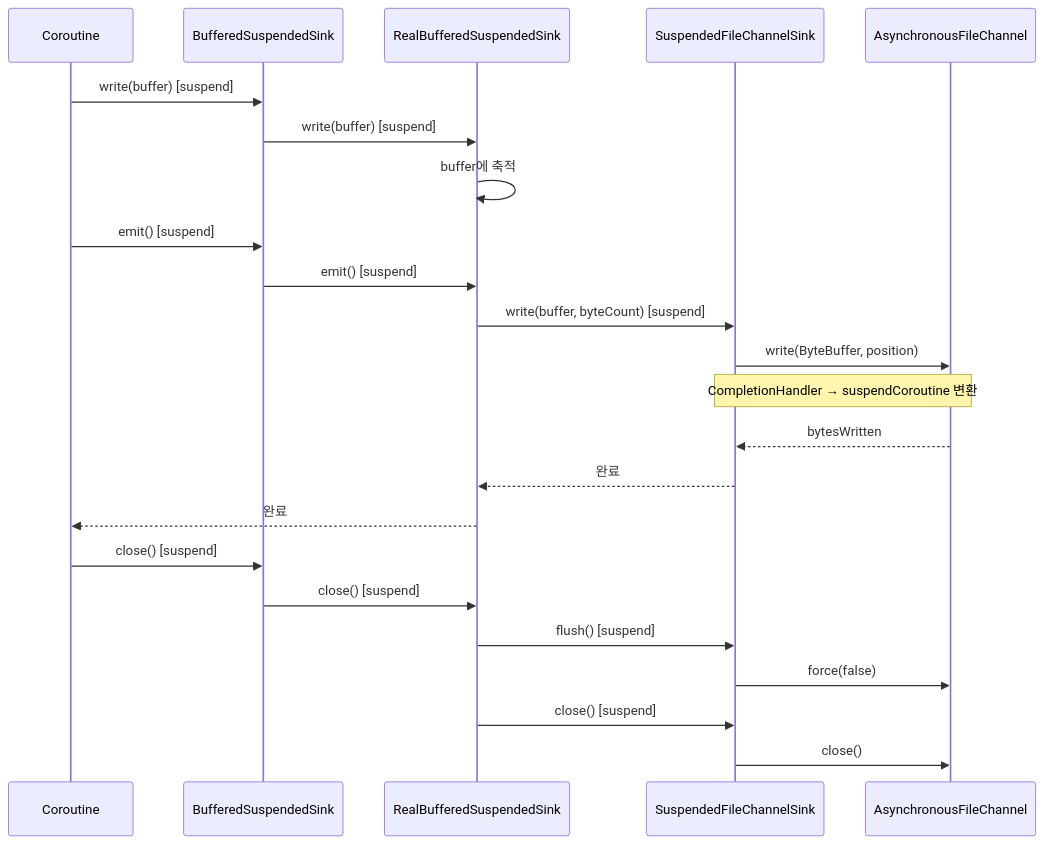
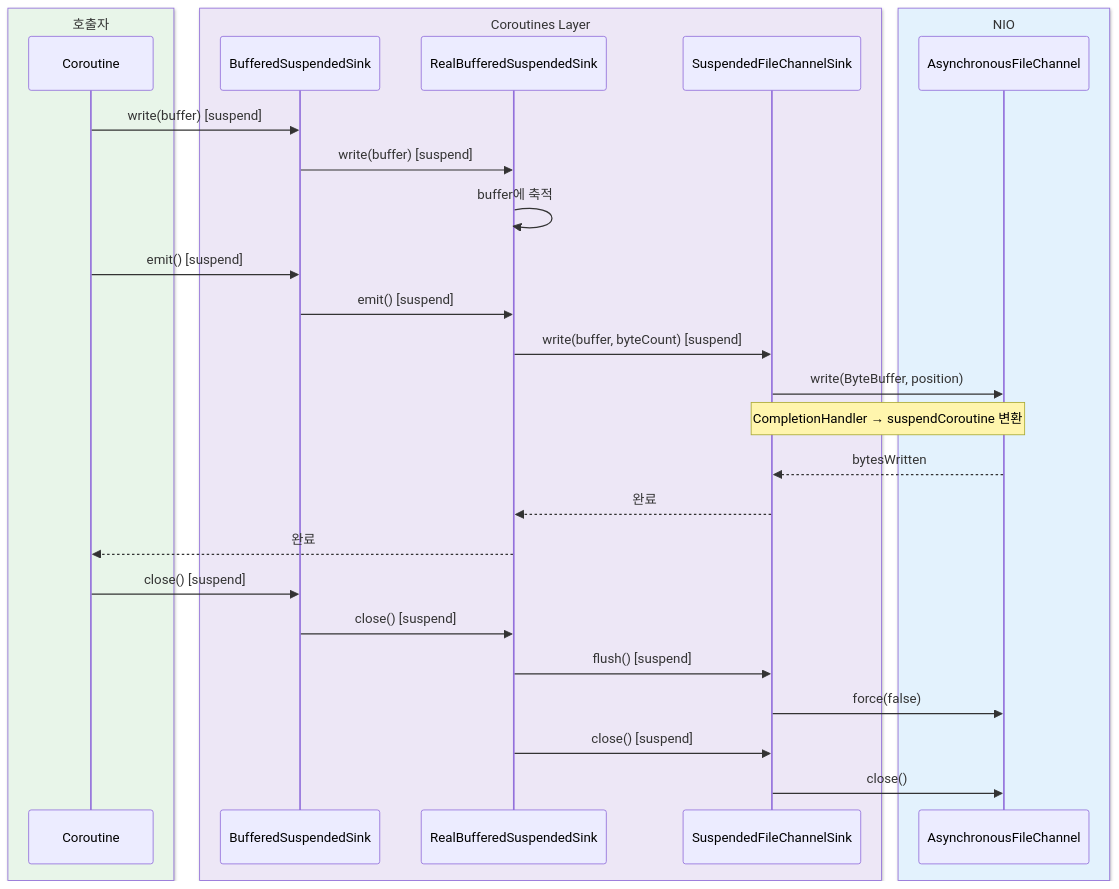
The ninth of 9 diagrams in io/okio/README.ko.md (bluetape4k/bluetape4k-projects), drawn with Mermaid before and after one commit. The commit also changed other lines of this file and 221 other files, not shown here.

First line of the commit message:
docs: 전체 모듈 README UML 다이어그램 보강 및 색상 업그레이드

````diff
--- a/io/okio/README.ko.md
+++ b/io/okio/README.ko.md
@@ -647,27 +701,33 @@
 ```mermaid
 sequenceDiagram
-    participant C as Coroutine
-    participant BS as BufferedSuspendedSink
-    participant RS as RealBufferedSuspendedSink
-    participant FS as SuspendedFileChannelSink
-    participant CH as AsynchronousFileChannel
+    box rgb(232, 245, 233) 호출자
+        participant C as Coroutine
+    end
+    box rgb(237, 231, 246) Coroutines Layer
+        participant BS as BufferedSuspendedSink
+        participant RS as RealBufferedSuspendedSink
+        participant FS as SuspendedFileChannelSink
+    end
+    box rgb(227, 242, 253) NIO
+        participant CH as AsynchronousFileChannel
+    end
 
     C->>BS: write(buffer) [suspend]
     BS->>RS: write(buffer) [suspend]
     RS->>RS: buffer에 축적
     C->>BS: emit() [suspend]
     BS->>RS: emit() [suspend]
     RS->>FS: write(buffer, byteCount) [suspend]
     FS->>CH: write(ByteBuffer, position)
     Note over FS,CH: CompletionHandler → suspendCoroutine 변환
     CH-->>FS: bytesWritten
     FS-->>RS: 완료
     RS-->>C: 완료
 
     C->>BS: close() [suspend]
     BS->>RS: close() [suspend]
     RS->>FS: flush() [suspend]
     FS->>CH: force(false)
     RS->>FS: close() [suspend]
     FS->>CH: close()
 ```
````
